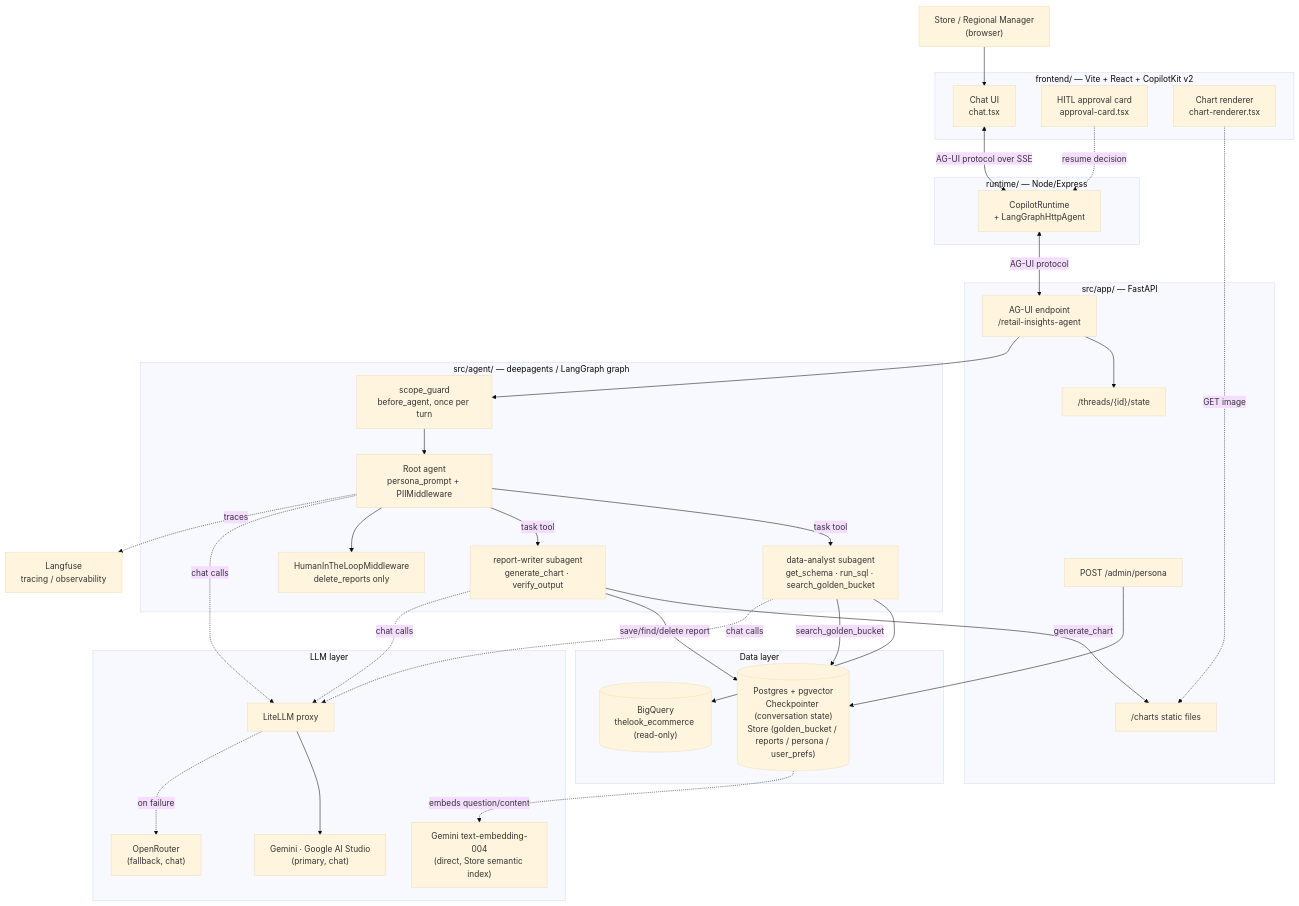
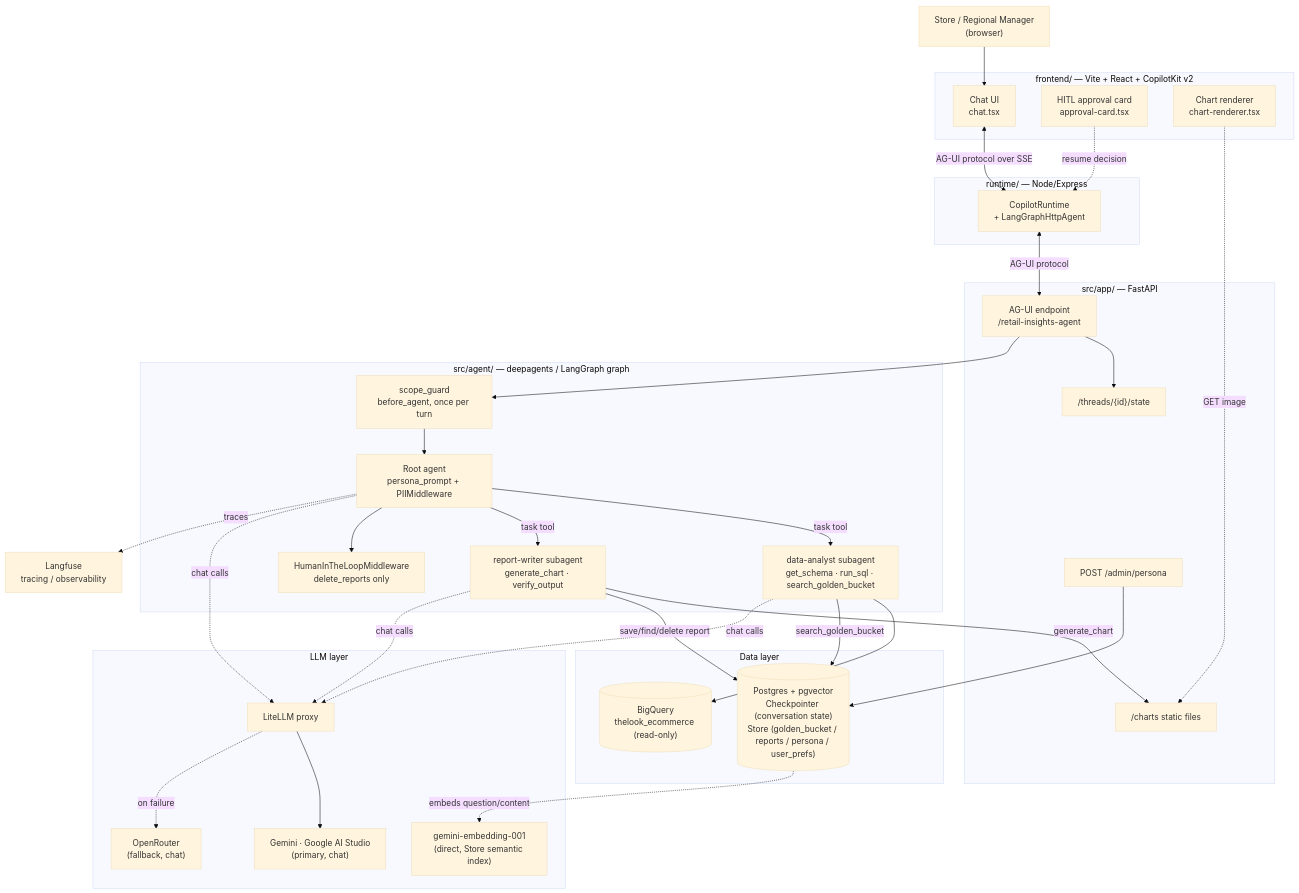
Before and after one commit to mpilioun/opsfleet-assignment: the diagram in docs/HLD.md, drawn with Mermaid (base theme). The commit also changed other lines of this file and 1 other file, not shown here.

Commit message:
fix(embeddings): correct Gemini embedding model name
models/text-embedding-004 returns 404 for embedContent on the v1beta
Developer API (confirmed via ListModels against the actual key) - switch to
models/gemini-embedding-001, the current stable embedding model. Backend
startup (Store seeding via the embedding-backed index) now succeeds end to
end, verified live.

````diff
--- a/docs/HLD.md
+++ b/docs/HLD.md
@@ -26,66 +26,66 @@
 ```mermaid
 flowchart TB
     User["Store / Regional Manager<br/>(browser)"]
 
     subgraph FE["frontend/ — Vite + React + CopilotKit v2"]
         UI["Chat UI<br/>chat.tsx"]
         Interrupt["HITL approval card<br/>approval-card.tsx"]
         Chart["Chart renderer<br/>chart-renderer.tsx"]
     end
 
     subgraph RT["runtime/ — Node/Express"]
         Runtime["CopilotRuntime<br/>+ LangGraphHttpAgent"]
     end
 
     subgraph BE["src/app/ — FastAPI"]
         AGUI["AG-UI endpoint<br/>/retail-insights-agent"]
         ThreadState["/threads/{id}/state"]
         Admin["POST /admin/persona"]
         Static["/charts static files"]
     end
 
     subgraph Agent["src/agent/ — deepagents / LangGraph graph"]
         Guard["scope_guard<br/>before_agent, once per turn"]
         Root["Root agent<br/>persona_prompt + PIIMiddleware"]
         HITL["HumanInTheLoopMiddleware<br/>delete_reports only"]
         Analyst["data-analyst subagent<br/>get_schema · run_sql · search_golden_bucket"]
         Writer["report-writer subagent<br/>generate_chart · verify_output"]
     end
 
     subgraph Data["Data layer"]
         BQ[("BigQuery<br/>thelook_ecommerce (read-only)")]
         PG[("Postgres + pgvector<br/>Checkpointer (conversation state)<br/>Store (golden_bucket / reports / persona / user_prefs)")]
     end
 
     subgraph LLMs["LLM layer"]
         LiteLLM["LiteLLM proxy"]
         Gemini["Gemini · Google AI Studio<br/>(primary, chat)"]
         OpenRouter["OpenRouter<br/>(fallback, chat)"]
-        Embed["Gemini text-embedding-004<br/>(direct, Store semantic index)"]
+        Embed["gemini-embedding-001<br/>(direct, Store semantic index)"]
     end
 
     Langfuse["Langfuse<br/>tracing / observability"]
 
     User --> UI
     UI <-->|AG-UI protocol over SSE| Runtime
     Interrupt -.resume decision.-> Runtime
     Chart -.GET image.-> Static
     Runtime <-->|AG-UI protocol| AGUI
     AGUI --> ThreadState
     AGUI --> Guard --> Root
     Root -->|task tool| Analyst
     Root -->|task tool| Writer
     Root --> HITL
     Analyst --> BQ
     Analyst -->|search_golden_bucket| PG
     Writer -->|generate_chart| Static
     Writer -->|save/find/delete report| PG
     Root -.chat calls.-> LiteLLM
     Analyst -.chat calls.-> LiteLLM
     Writer -.chat calls.-> LiteLLM
     LiteLLM --> Gemini
     LiteLLM -.on failure.-> OpenRouter
     PG -.embeds question/content.-> Embed
     Admin --> PG
     Root -.traces.-> Langfuse
 ```
````
